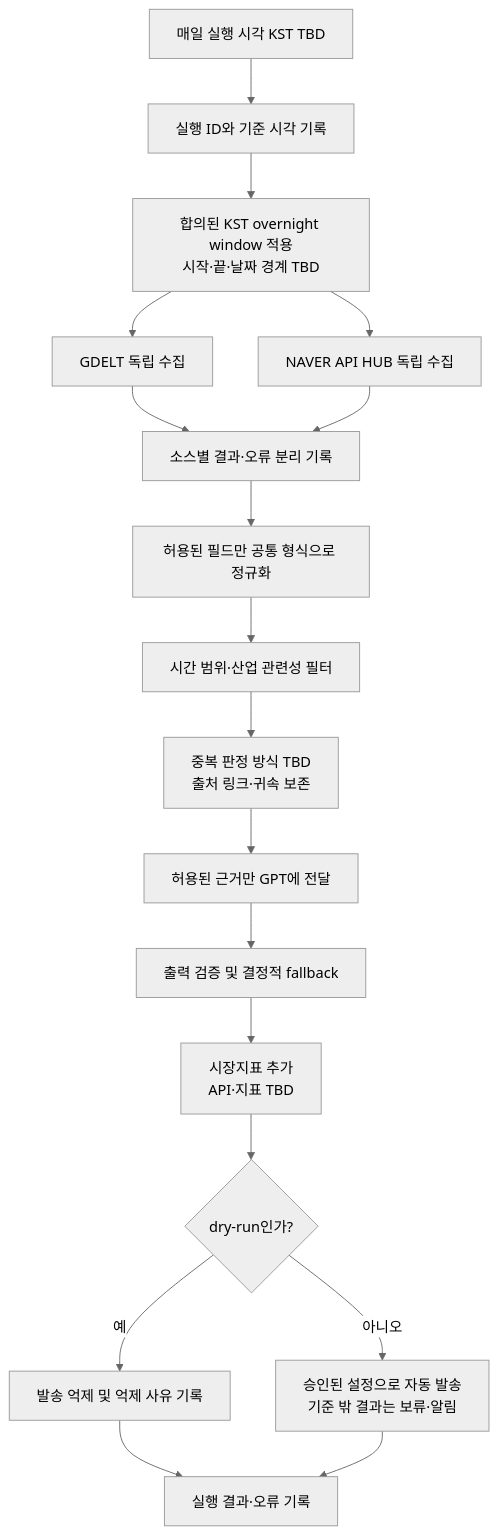
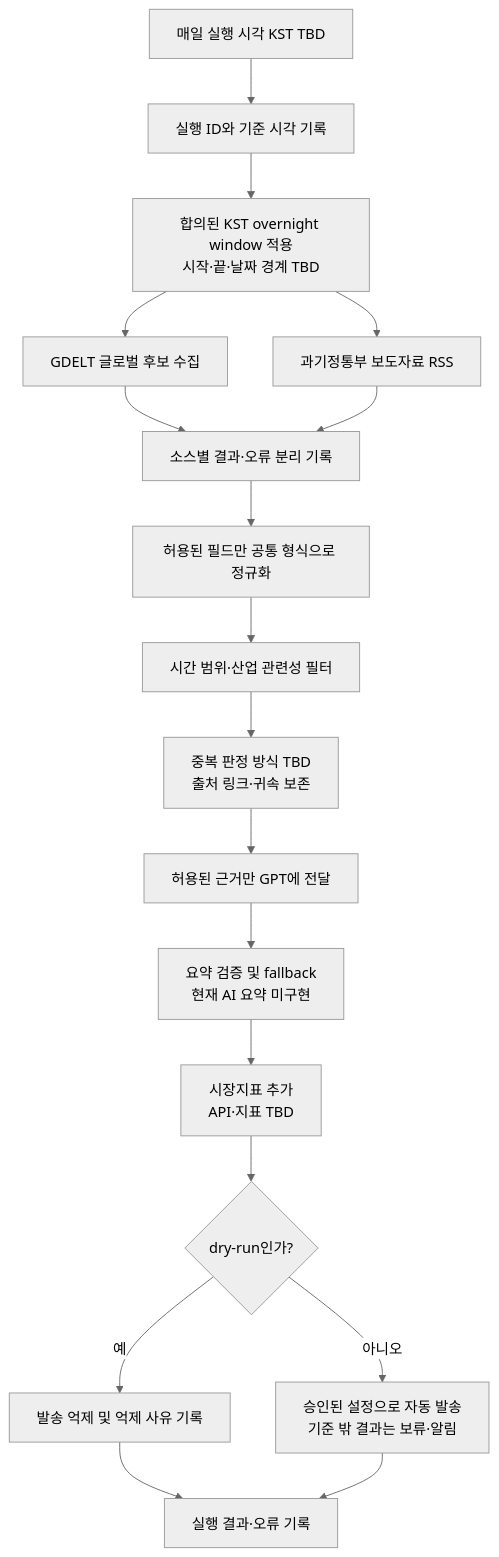
One commit to nuguri12/semiconductor-industry-briefing changed the diagram in docs/cron-job-plan.md. Above: the diagram before and after it, drawn with Mermaid (neutral theme). The commit also changed other lines of this file and 11 other files, not shown here.

````diff
--- a/docs/cron-job-plan.md
+++ b/docs/cron-job-plan.md
@@ -25,20 +25,20 @@
 ```mermaid
 flowchart TD
     A[매일 실행 시각 KST TBD] --> B[실행 ID와 기준 시각 기록]
     B --> C[합의된 KST overnight window 적용<br/>시작·끝·날짜 경계 TBD]
-    C --> D1[GDELT 독립 수집]
-    C --> D2[NAVER API HUB 독립 수집]
+    C --> D1[GDELT 글로벌 후보 수집]
+    C --> D2[과기정통부 보도자료 RSS]
     D1 --> E[소스별 결과·오류 분리 기록]
     D2 --> E
     E --> F[허용된 필드만 공통 형식으로 정규화]
     F --> G[시간 범위·산업 관련성 필터]
     G --> H[중복 판정 방식 TBD<br/>출처 링크·귀속 보존]
     H --> I[허용된 근거만 GPT에 전달]
-    I --> J[출력 검증 및 결정적 fallback]
+    I --> J[요약 검증 및 fallback<br/>현재 AI 요약 미구현]
     J --> K[시장지표 추가<br/>API·지표 TBD]
     K --> L{dry-run인가?}
     L -->|예| M[발송 억제 및 억제 사유 기록]
     L -->|아니오| N[승인된 설정으로 자동 발송<br/>기준 밖 결과는 보류·알림]
     M --> O[실행 결과·오류 기록]
     N --> O
 ```
````
